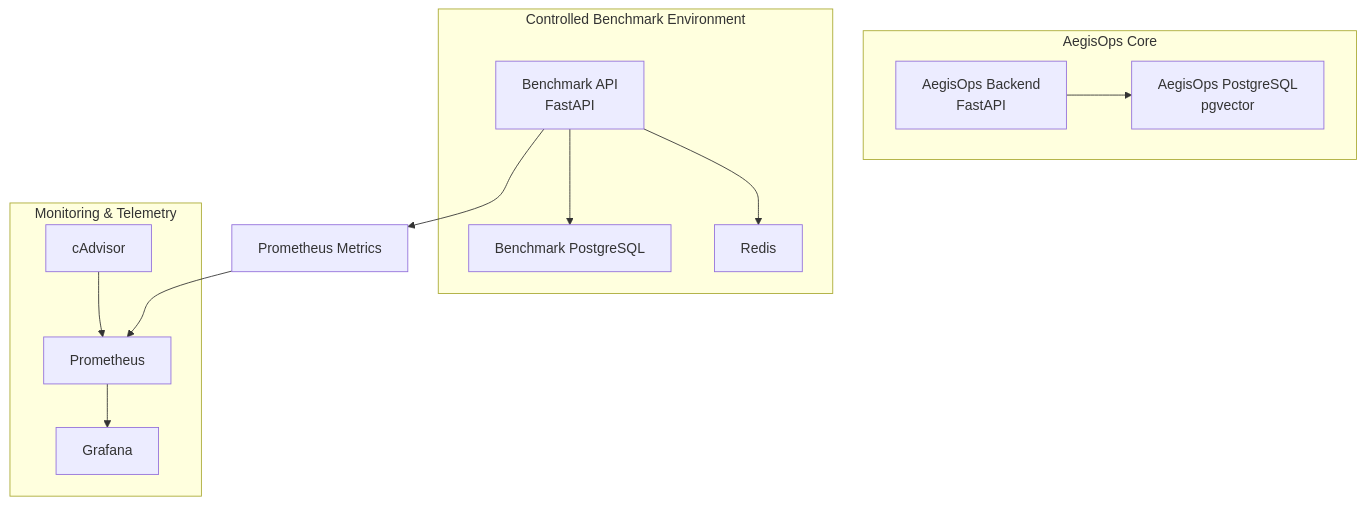
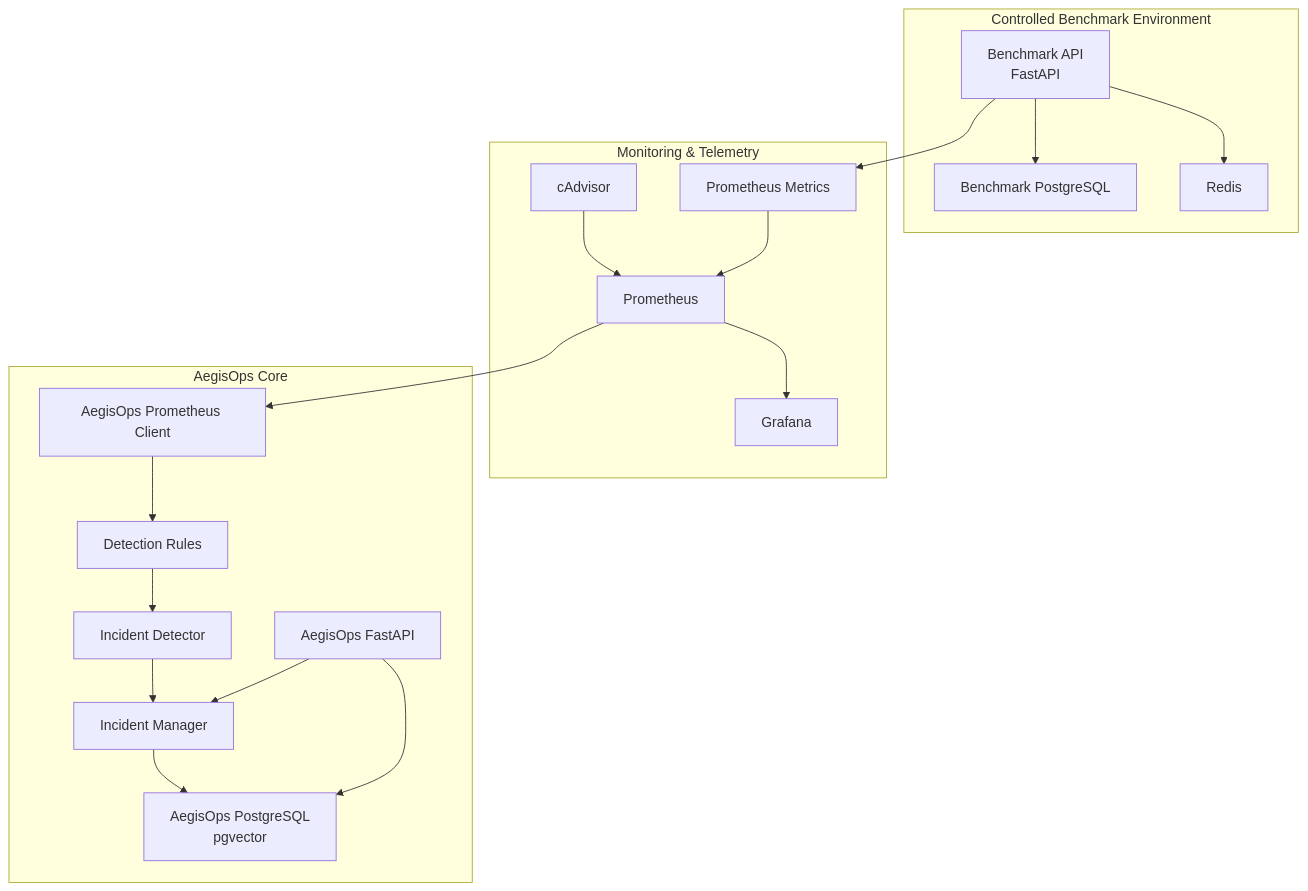
The diagram in README.md (ushalabs/AegisOps), drawn with Mermaid before and after one commit. The commit also changed other lines of this file and 17 other files, not shown here.

````diff
--- a/README.md
+++ b/README.md
@@ -14,29 +14,41 @@
 ```mermaid
 flowchart TD
-    A[AegisOps Backend<br/>FastAPI] --> B[AegisOps PostgreSQL<br/>pgvector]
+    A[Benchmark API<br/>FastAPI] --> B[Benchmark PostgreSQL]
+    A --> C[Redis]
+    A --> D[Prometheus Metrics]
 
-    C[Benchmark API<br/>FastAPI] --> D[Benchmark PostgreSQL]
-    C --> E[Redis]
-    C --> F[Prometheus Metrics]
+    E[cAdvisor] --> F[Prometheus]
+    D --> F
+    F --> G[Grafana]
 
-    G[cAdvisor] --> H[Prometheus]
-    F --> H
-    H --> I[Grafana]
+    F --> H[AegisOps Prometheus Client]
+    H --> I[Detection Rules]
+    I --> J[Incident Detector]
+    J --> K[Incident Manager]
+    K --> L[AegisOps PostgreSQL<br/>pgvector]
 
-    subgraph Core["AegisOps Core"]
+    M[AegisOps FastAPI] --> K
+    M --> L
+
+    subgraph Benchmark["Controlled Benchmark Environment"]
         A
         B
-    end
-
-    subgraph Benchmark["Controlled Benchmark Environment"]
         C
-        D
-        E
     end
 
     subgraph Observability["Monitoring & Telemetry"]
+        D
+        E
+        F
         G
+    end
+
+    subgraph Core["AegisOps Core"]
         H
         I
+        J
+        K
+        L
+        M
     end
 ```
````
